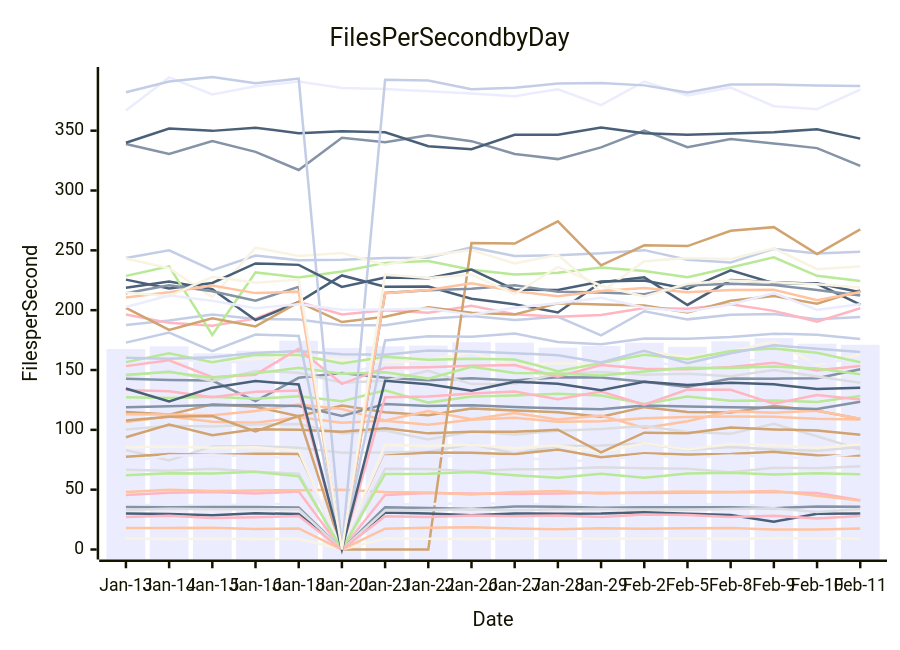
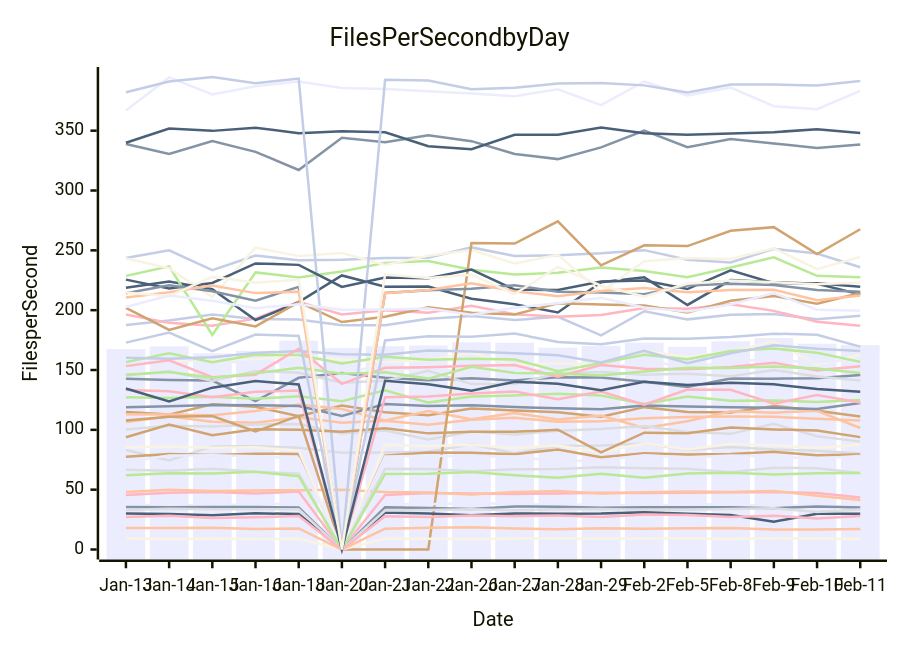
Before and after one commit to streetsidesoftware/cspell: the diagram in perf-report.md, drawn with Mermaid. The commit also changed other lines of this file and 1 other file, not shown here.

````diff
--- a/perf-report.md
+++ b/perf-report.md
@@ -10,57 +10,57 @@
 ```mermaid
 xychart-beta
     title Files Per Second by Day
     y-axis Files per Second
     x-axis Date [Jan-13, Jan-14, Jan-15, Jan-16, Jan-18, Jan-20, Jan-21, Jan-22, Jan-26, Jan-27, Jan-28, Jan-29, Feb-2, Feb-5, Feb-8, Feb-9, Feb-10, Feb-11]
-    bar [167.48, 169.75, 163.88, 166.13, 174.50, 168.43, 169.86, 170.44, 173.21, 172.82, 168.69, 170.17, 172.76, 169.39, 173.94, 176.68, 172.01, 171.09]
-    line [142.76, 141.64, 141.15, 123.99, 143.49, 147.59, 143.59, 141.42, 143.21, 141.20, 143.98, 143.78, 140.14, 135.87, 142.86, 142.75, 143.10, 150.58]
-    line [106.48, 111.07, 106.70, 105.83, 110.59, 105.90, 107.50, 104.30, 108.52, 110.13, 106.78, 107.20, 109.65, 110.63, 111.16, 110.94, 109.21, 108.62]
-    line [83.13, 74.36, 86.16, 86.38, 84.98, 80.87, 81.08, 81.74, 87.91, 80.34, 86.50, 86.84, 88.66, 83.22, 85.59, 83.52, 82.54, 85.62]
-    line [127.26, 126.67, 127.57, 126.01, 128.09, 123.93, 133.11, 122.76, 127.88, 128.69, 130.23, 128.77, 121.54, 127.82, 124.27, 124.62, 123.31, 128.35]
-    line [114.87, 112.73, 121.37, 119.21, 111.41, 120.28, 114.69, 112.28, 117.78, 116.14, 114.78, 110.96, 118.96, 114.84, 114.56, 119.99, 116.03, 109.17]
-    line [187.54, 191.28, 196.46, 192.64, 192.25, 187.45, 187.38, 192.87, 195.04, 191.69, 194.48, 178.97, 199.11, 192.32, 196.15, 196.80, 192.49, 194.25]
-    line [196.30, 189.40, 186.97, 192.92, 206.92, 196.43, 199.84, 197.78, 203.69, 196.52, 194.52, 195.98, 201.87, 201.12, 204.97, 199.43, 190.33, 201.63]
-    line [218.81, 223.94, 217.59, 191.78, 206.70, 229.01, 219.68, 219.77, 209.49, 204.94, 198.04, 223.32, 227.45, 204.37, 225.14, 223.42, 222.08, 204.60]
-    line [160.36, 157.59, 157.97, 159.04, 161.40, 158.69, 156.26, 158.43, 164.60, 154.09, 155.59, 154.71, 166.16, 160.94, 165.57, 174.04, 154.30, 163.20]
-    line [152.68, 160.69, 156.79, 156.81, 155.73, 146.52, 155.23, 146.60, 152.95, 153.44, 146.68, 148.04, 159.34, 150.93, 158.41, 157.97, 156.56, 158.78]
-    line [338.80, 330.51, 341.37, 332.29, 317.17, 344.00, 340.27, 346.07, 341.26, 330.59, 326.24, 336.05, 350.02, 336.18, 342.95, 339.36, 335.43, 320.64]
-    line [112.95, 112.89, 112.17, 115.75, 121.13, 117.45, 107.89, 115.63, 108.80, 113.98, 108.63, 112.03, 101.57, 107.21, 115.59, 114.29, 115.98, 109.26]
-    line [145.30, 149.05, 140.78, 149.26, 147.65, 139.36, 140.95, 149.41, 138.21, 138.55, 146.90, 148.25, 146.04, 146.87, 144.71, 150.09, 144.64, 139.27]
-    line [228.64, 236.61, 179.24, 231.58, 227.41, 232.25, 239.53, 241.09, 233.83, 229.73, 231.27, 235.75, 232.76, 227.56, 235.60, 244.14, 228.71, 224.31]
-    line [201.84, 183.49, 193.18, 186.41, 206.76, 190.09, 194.48, 202.39, 197.93, 196.32, 205.82, 204.70, 203.85, 198.04, 207.86, 211.91, 205.36, 216.80]
-    line [243.64, 250.04, 233.42, 245.62, 241.64, 242.10, 243.52, 243.78, 252.46, 245.33, 245.88, 247.56, 250.17, 242.23, 239.94, 251.24, 247.36, 248.85]
-    line [45.48, 47.52, 48.15, 46.82, 48.44, 0.00, 45.59, 47.24, 46.87, 46.43, 46.80, 47.45, 47.29, 47.35, 47.86, 48.05, 47.30, 41.22]
-    line [339.94, 351.75, 349.84, 352.46, 347.95, 349.61, 348.67, 336.98, 334.45, 346.57, 346.60, 352.58, 347.78, 346.57, 347.57, 348.75, 351.19, 343.38]
-    line [243.18, 235.07, 210.91, 252.26, 245.25, 247.79, 237.71, 245.48, 250.24, 239.03, 246.34, 215.04, 240.95, 243.60, 242.70, 251.69, 234.31, 236.56]
-    line [366.78, 394.48, 380.24, 387.08, 391.19, 385.76, 384.74, 382.99, 381.11, 378.87, 384.64, 371.32, 391.09, 379.53, 386.07, 370.43, 367.95, 384.24]
-    line [118.82, 119.70, 120.72, 120.60, 119.83, 111.61, 121.49, 119.94, 120.57, 119.01, 117.99, 117.30, 120.43, 119.43, 118.96, 118.43, 117.39, 123.41]
-    line [48.15, 49.96, 48.86, 49.35, 49.61, 49.98, 48.14, 47.57, 46.02, 47.96, 48.80, 46.78, 47.79, 48.42, 47.97, 48.95, 44.92, 41.04]
-    line [100.22, 103.42, 102.77, 104.55, 104.84, 96.90, 99.42, 91.88, 98.65, 96.11, 99.25, 100.66, 103.18, 98.24, 96.65, 104.96, 94.67, 83.56]
-    line [156.59, 163.92, 156.50, 162.70, 162.52, 155.39, 161.05, 158.62, 159.47, 158.84, 149.03, 155.81, 162.82, 158.93, 165.88, 167.89, 164.45, 156.49]
-    line [107.78, 110.93, 111.50, 98.69, 111.74, 0.00, 0.00, 0.00, 256.11, 255.68, 274.20, 237.51, 254.20, 253.57, 266.34, 269.39, 246.86, 267.48]
-    line [160.33, 159.51, 160.62, 164.27, 165.83, 163.17, 162.82, 166.39, 165.48, 164.06, 162.34, 156.27, 166.07, 155.61, 164.06, 170.66, 167.78, 164.98]
-    line [153.24, 158.05, 143.97, 146.11, 167.84, 138.47, 151.83, 152.31, 153.48, 154.19, 144.39, 154.19, 151.10, 150.58, 152.48, 156.02, 149.70, 153.29]
-    line [30.13, 29.74, 28.69, 30.19, 29.74, 0.00, 30.87, 30.00, 28.70, 30.12, 29.90, 29.99, 31.08, 29.80, 28.87, 23.26, 29.91, 30.03]
-    line [9.09, 8.82, 8.93, 8.76, 8.99, 0.00, 9.21, 8.99, 8.69, 9.06, 9.17, 8.90, 9.14, 9.10, 8.87, 9.39, 9.10, 9.13]
-    line [37.19, 37.15, 36.65, 38.13, 37.95, 0.00, 37.76, 37.89, 38.81, 37.93, 37.35, 37.58, 36.65, 37.87, 37.52, 36.62, 36.71, 33.98]
-    line [35.46, 35.24, 35.59, 35.58, 35.07, 0.00, 35.24, 34.68, 33.94, 35.92, 35.70, 34.97, 35.24, 35.24, 35.29, 34.51, 36.01, 35.78]
-    line [18.04, 18.04, 18.22, 17.23, 17.55, 0.00, 17.39, 18.17, 18.55, 17.57, 16.82, 17.76, 17.39, 17.79, 18.01, 16.74, 16.81, 17.47]
-    line [33.01, 34.00, 33.70, 33.67, 33.62, 0.00, 32.53, 32.97, 33.70, 32.82, 33.62, 33.93, 33.23, 33.25, 33.77, 34.38, 31.28, 33.92]
-    line [146.13, 148.32, 143.55, 147.19, 151.83, 146.83, 148.17, 142.81, 152.72, 147.54, 147.09, 145.41, 148.70, 151.93, 151.71, 152.93, 151.27, 146.48]
-    line [77.54, 79.76, 78.94, 80.05, 79.79, 0.00, 78.41, 81.03, 80.80, 79.69, 83.58, 77.01, 80.34, 79.32, 79.86, 81.63, 78.70, 78.48]
-    line [382.18, 391.17, 394.86, 389.55, 393.53, 0.00, 392.61, 391.87, 384.72, 385.87, 389.43, 389.76, 387.86, 381.95, 388.55, 388.50, 387.75, 387.44]
-    line [133.26, 132.31, 127.23, 131.76, 132.93, 0.00, 127.27, 127.81, 130.32, 132.03, 125.54, 132.09, 121.09, 133.64, 133.48, 121.84, 129.06, 125.35]
-    line [225.53, 218.14, 222.73, 239.07, 237.86, 219.38, 227.33, 226.70, 233.87, 217.12, 216.93, 224.01, 224.86, 217.64, 233.33, 222.49, 222.54, 215.06]
-    line [85.54, 86.15, 85.12, 85.43, 82.51, 0.00, 87.43, 86.48, 87.49, 84.71, 86.94, 81.29, 88.85, 83.51, 88.25, 87.06, 84.92, 87.87]
-    line [72.97, 78.65, 78.72, 77.98, 76.03, 0.00, 77.82, 78.41, 77.74, 77.78, 73.82, 74.60, 78.73, 76.88, 78.62, 77.47, 76.02, 80.63]
-    line [214.18, 220.74, 215.80, 207.87, 219.52, 0.00, 214.36, 216.75, 217.84, 220.87, 215.44, 214.77, 213.40, 220.70, 222.08, 221.01, 216.87, 212.27]
-    line [210.61, 215.07, 220.69, 214.26, 215.48, 0.00, 214.23, 216.83, 222.41, 215.81, 211.64, 216.10, 218.52, 215.06, 216.88, 216.99, 208.40, 215.14]
-    line [66.66, 65.78, 67.40, 65.04, 63.23, 0.00, 67.48, 67.27, 65.41, 67.07, 67.22, 68.71, 67.83, 67.42, 64.50, 68.29, 67.95, 69.65]
-    line [62.15, 63.63, 63.52, 64.93, 61.26, 0.00, 63.19, 63.24, 64.72, 62.00, 60.00, 63.28, 59.94, 63.60, 64.06, 62.64, 63.65, 62.92]
-    line [93.83, 104.36, 95.41, 100.49, 100.17, 98.43, 101.26, 97.05, 98.45, 98.30, 100.11, 81.16, 97.62, 97.16, 101.86, 100.35, 99.46, 95.94]
-    line [172.87, 181.24, 165.83, 179.67, 178.49, 0.00, 174.64, 178.29, 177.69, 180.46, 173.36, 171.47, 176.27, 176.08, 177.50, 180.37, 179.50, 175.86]
-    line [27.25, 28.25, 26.29, 26.94, 27.92, 0.00, 27.74, 27.10, 28.41, 27.77, 28.43, 27.26, 29.20, 28.78, 27.22, 28.25, 25.94, 28.05]
-    line [134.58, 123.64, 135.23, 140.79, 137.86, 0.00, 141.02, 138.02, 132.73, 140.24, 138.48, 133.03, 140.20, 137.55, 139.32, 138.06, 134.03, 135.13]
-    line [214.77, 211.68, 227.93, 222.84, 225.57, 0.00, 229.76, 226.99, 229.64, 213.50, 236.23, 220.41, 211.45, 222.13, 224.72, 223.26, 221.76, 218.97]
-    line [202.65, 212.27, 207.96, 201.68, 204.97, 200.41, 200.50, 201.35, 196.11, 202.03, 205.84, 210.33, 202.30, 198.84, 204.68, 214.35, 200.27, 204.92]
+    bar [167.48, 169.75, 163.88, 166.13, 174.50, 168.43, 169.86, 170.44, 173.21, 172.82, 168.69, 170.17, 172.76, 169.39, 173.94, 176.68, 172.01, 170.80]
+    line [142.76, 141.64, 141.15, 123.99, 143.49, 147.59, 143.59, 141.42, 143.21, 141.20, 143.98, 143.78, 140.14, 135.87, 142.86, 142.75, 143.10, 145.82]
+    line [106.48, 111.07, 106.70, 105.83, 110.59, 105.90, 107.50, 104.30, 108.52, 110.13, 106.78, 107.20, 109.65, 110.63, 111.16, 110.94, 109.21, 107.83]
+    line [83.13, 74.36, 86.16, 86.38, 84.98, 80.87, 81.08, 81.74, 87.91, 80.34, 86.50, 86.84, 88.66, 83.22, 85.59, 83.52, 82.54, 80.25]
+    line [127.26, 126.67, 127.57, 126.01, 128.09, 123.93, 133.11, 122.76, 127.88, 128.69, 130.23, 128.77, 121.54, 127.82, 124.27, 124.62, 123.31, 125.03]
+    line [114.87, 112.73, 121.37, 119.21, 111.41, 120.28, 114.69, 112.28, 117.78, 116.14, 114.78, 110.96, 118.96, 114.84, 114.56, 119.99, 116.03, 111.12]
+    line [187.54, 191.28, 196.46, 192.64, 192.25, 187.45, 187.38, 192.87, 195.04, 191.69, 194.48, 178.97, 199.11, 192.32, 196.15, 196.80, 192.49, 195.28]
+    line [196.30, 189.40, 186.97, 192.92, 206.92, 196.43, 199.84, 197.78, 203.69, 196.52, 194.52, 195.98, 201.87, 201.12, 204.97, 199.43, 190.33, 187.01]
+    line [218.81, 223.94, 217.59, 191.78, 206.70, 229.01, 219.68, 219.77, 209.49, 204.94, 198.04, 223.32, 227.45, 204.37, 225.14, 223.42, 222.08, 213.20]
+    line [160.36, 157.59, 157.97, 159.04, 161.40, 158.69, 156.26, 158.43, 164.60, 154.09, 155.59, 154.71, 166.16, 160.94, 165.57, 174.04, 154.30, 162.65]
+    line [152.68, 160.69, 156.79, 156.81, 155.73, 146.52, 155.23, 146.60, 152.95, 153.44, 146.68, 148.04, 159.34, 150.93, 158.41, 157.97, 156.56, 158.71]
+    line [338.80, 330.51, 341.37, 332.29, 317.17, 344.00, 340.27, 346.07, 341.26, 330.59, 326.24, 336.05, 350.02, 336.18, 342.95, 339.36, 335.43, 338.51]
+    line [112.95, 112.89, 112.17, 115.75, 121.13, 117.45, 107.89, 115.63, 108.80, 113.98, 108.63, 112.03, 101.57, 107.21, 115.59, 114.29, 115.98, 101.55]
+    line [145.30, 149.05, 140.78, 149.26, 147.65, 139.36, 140.95, 149.41, 138.21, 138.55, 146.90, 148.25, 146.04, 146.87, 144.71, 150.09, 144.64, 141.32]
+    line [228.64, 236.61, 179.24, 231.58, 227.41, 232.25, 239.53, 241.09, 233.83, 229.73, 231.27, 235.75, 232.76, 227.56, 235.60, 244.14, 228.71, 227.46]
+    line [201.84, 183.49, 193.18, 186.41, 206.76, 190.09, 194.48, 202.39, 197.93, 196.32, 205.82, 204.70, 203.85, 198.04, 207.86, 211.91, 205.36, 214.41]
+    line [243.64, 250.04, 233.42, 245.62, 241.64, 242.10, 243.52, 243.78, 252.46, 245.33, 245.88, 247.56, 250.17, 242.23, 239.94, 251.24, 247.36, 235.88]
+    line [45.48, 47.52, 48.15, 46.82, 48.44, 0.00, 45.59, 47.24, 46.87, 46.43, 46.80, 47.45, 47.29, 47.35, 47.86, 48.05, 47.30, 43.46]
+    line [339.94, 351.75, 349.84, 352.46, 347.95, 349.61, 348.67, 336.98, 334.45, 346.57, 346.60, 352.58, 347.78, 346.57, 347.57, 348.75, 351.19, 348.15]
+    line [243.18, 235.07, 210.91, 252.26, 245.25, 247.79, 237.71, 245.48, 250.24, 239.03, 246.34, 215.04, 240.95, 243.60, 242.70, 251.69, 234.31, 244.51]
+    line [366.78, 394.48, 380.24, 387.08, 391.19, 385.76, 384.74, 382.99, 381.11, 378.87, 384.64, 371.32, 391.09, 379.53, 386.07, 370.43, 367.95, 383.26]
+    line [118.82, 119.70, 120.72, 120.60, 119.83, 111.61, 121.49, 119.94, 120.57, 119.01, 117.99, 117.30, 120.43, 119.43, 118.96, 118.43, 117.39, 122.51]
+    line [48.15, 49.96, 48.86, 49.35, 49.61, 49.98, 48.14, 47.57, 46.02, 47.96, 48.80, 46.78, 47.79, 48.42, 47.97, 48.95, 44.92, 41.33]
+    line [100.22, 103.42, 102.77, 104.55, 104.84, 96.90, 99.42, 91.88, 98.65, 96.11, 99.25, 100.66, 103.18, 98.24, 96.65, 104.96, 94.67, 90.15]
+    line [156.59, 163.92, 156.50, 162.70, 162.52, 155.39, 161.05, 158.62, 159.47, 158.84, 149.03, 155.81, 162.82, 158.93, 165.88, 167.89, 164.45, 156.78]
+    line [107.78, 110.93, 111.50, 98.69, 111.74, 0.00, 0.00, 0.00, 256.11, 255.68, 274.20, 237.51, 254.20, 253.57, 266.34, 269.39, 246.86, 267.66]
+    line [160.33, 159.51, 160.62, 164.27, 165.83, 163.17, 162.82, 166.39, 165.48, 164.06, 162.34, 156.27, 166.07, 155.61, 164.06, 170.66, 167.78, 165.93]
+    line [153.24, 158.05, 143.97, 146.11, 167.84, 138.47, 151.83, 152.31, 153.48, 154.19, 144.39, 154.19, 151.10, 150.58, 152.48, 156.02, 149.70, 153.17]
+    line [30.13, 29.74, 28.69, 30.19, 29.74, 0.00, 30.87, 30.00, 28.70, 30.12, 29.90, 29.99, 31.08, 29.80, 28.87, 23.26, 29.91, 29.82]
+    line [9.09, 8.82, 8.93, 8.76, 8.99, 0.00, 9.21, 8.99, 8.69, 9.06, 9.17, 8.90, 9.14, 9.10, 8.87, 9.39, 9.10, 8.79]
+    line [37.19, 37.15, 36.65, 38.13, 37.95, 0.00, 37.76, 37.89, 38.81, 37.93, 37.35, 37.58, 36.65, 37.87, 37.52, 36.62, 36.71, 35.21]
+    line [35.46, 35.24, 35.59, 35.58, 35.07, 0.00, 35.24, 34.68, 33.94, 35.92, 35.70, 34.97, 35.24, 35.24, 35.29, 34.51, 36.01, 35.10]
+    line [18.04, 18.04, 18.22, 17.23, 17.55, 0.00, 17.39, 18.17, 18.55, 17.57, 16.82, 17.76, 17.39, 17.79, 18.01, 16.74, 16.81, 17.17]
+    line [33.01, 34.00, 33.70, 33.67, 33.62, 0.00, 32.53, 32.97, 33.70, 32.82, 33.62, 33.93, 33.23, 33.25, 33.77, 34.38, 31.28, 33.43]
+    line [146.13, 148.32, 143.55, 147.19, 151.83, 146.83, 148.17, 142.81, 152.72, 147.54, 147.09, 145.41, 148.70, 151.93, 151.71, 152.93, 151.27, 147.55]
+    line [77.54, 79.76, 78.94, 80.05, 79.79, 0.00, 78.41, 81.03, 80.80, 79.69, 83.58, 77.01, 80.34, 79.32, 79.86, 81.63, 78.70, 79.41]
+    line [382.18, 391.17, 394.86, 389.55, 393.53, 0.00, 392.61, 391.87, 384.72, 385.87, 389.43, 389.76, 387.86, 381.95, 388.55, 388.50, 387.75, 391.57]
+    line [133.26, 132.31, 127.23, 131.76, 132.93, 0.00, 127.27, 127.81, 130.32, 132.03, 125.54, 132.09, 121.09, 133.64, 133.48, 121.84, 129.06, 122.93]
+    line [225.53, 218.14, 222.73, 239.07, 237.86, 219.38, 227.33, 226.70, 233.87, 217.12, 216.93, 224.01, 224.86, 217.64, 233.33, 222.49, 222.54, 219.50]
+    line [85.54, 86.15, 85.12, 85.43, 82.51, 0.00, 87.43, 86.48, 87.49, 84.71, 86.94, 81.29, 88.85, 83.51, 88.25, 87.06, 84.92, 87.81]
+    line [72.97, 78.65, 78.72, 77.98, 76.03, 0.00, 77.82, 78.41, 77.74, 77.78, 73.82, 74.60, 78.73, 76.88, 78.62, 77.47, 76.02, 78.07]
+    line [214.18, 220.74, 215.80, 207.87, 219.52, 0.00, 214.36, 216.75, 217.84, 220.87, 215.44, 214.77, 213.40, 220.70, 222.08, 221.01, 216.87, 215.38]
+    line [210.61, 215.07, 220.69, 214.26, 215.48, 0.00, 214.23, 216.83, 222.41, 215.81, 211.64, 216.10, 218.52, 215.06, 216.88, 216.99, 208.40, 212.31]
+    line [66.66, 65.78, 67.40, 65.04, 63.23, 0.00, 67.48, 67.27, 65.41, 67.07, 67.22, 68.71, 67.83, 67.42, 64.50, 68.29, 67.95, 63.94]
+    line [62.15, 63.63, 63.52, 64.93, 61.26, 0.00, 63.19, 63.24, 64.72, 62.00, 60.00, 63.28, 59.94, 63.60, 64.06, 62.64, 63.65, 63.88]
+    line [93.83, 104.36, 95.41, 100.49, 100.17, 98.43, 101.26, 97.05, 98.45, 98.30, 100.11, 81.16, 97.62, 97.16, 101.86, 100.35, 99.46, 93.91]
+    line [172.87, 181.24, 165.83, 179.67, 178.49, 0.00, 174.64, 178.29, 177.69, 180.46, 173.36, 171.47, 176.27, 176.08, 177.50, 180.37, 179.50, 169.53]
+    line [27.25, 28.25, 26.29, 26.94, 27.92, 0.00, 27.74, 27.10, 28.41, 27.77, 28.43, 27.26, 29.20, 28.78, 27.22, 28.25, 25.94, 28.04]
+    line [134.58, 123.64, 135.23, 140.79, 137.86, 0.00, 141.02, 138.02, 132.73, 140.24, 138.48, 133.03, 140.20, 137.55, 139.32, 138.06, 134.03, 131.86]
+    line [214.77, 211.68, 227.93, 222.84, 225.57, 0.00, 229.76, 226.99, 229.64, 213.50, 236.23, 220.41, 211.45, 222.13, 224.72, 223.26, 221.76, 223.13]
+    line [202.65, 212.27, 207.96, 201.68, 204.97, 200.41, 200.50, 201.35, 196.11, 202.03, 205.84, 210.33, 202.30, 198.84, 204.68, 214.35, 200.27, 199.54]
 ```
````
